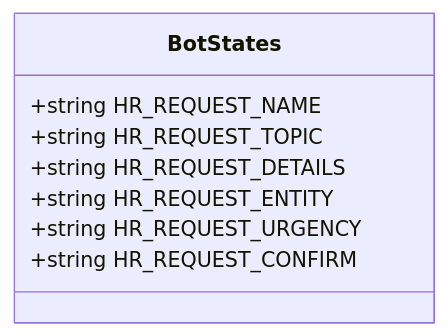
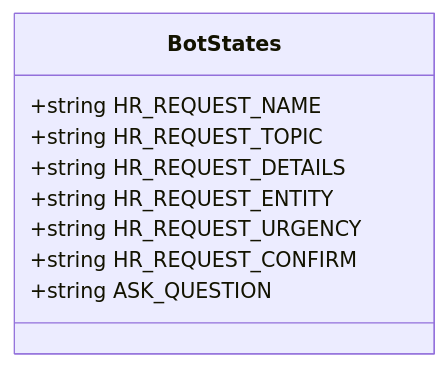
The third of 10 diagrams in .qoder/repowiki/en/content/State Management.md (ognelis/cafetera_hr_bot), drawn with Mermaid before and after one commit. The commit also changed other lines of this file and 14 other files, not shown here.

````diff
--- a/.qoder/repowiki/en/content/State Management.md
+++ b/.qoder/repowiki/en/content/State Management.md
@@ -122,11 +146,12 @@
 ```mermaid
 classDiagram
 class BotStates {
 +string HR_REQUEST_NAME
 +string HR_REQUEST_TOPIC
 +string HR_REQUEST_DETAILS
 +string HR_REQUEST_ENTITY
 +string HR_REQUEST_URGENCY
 +string HR_REQUEST_CONFIRM
++string ASK_QUESTION
 }
 ```
````
